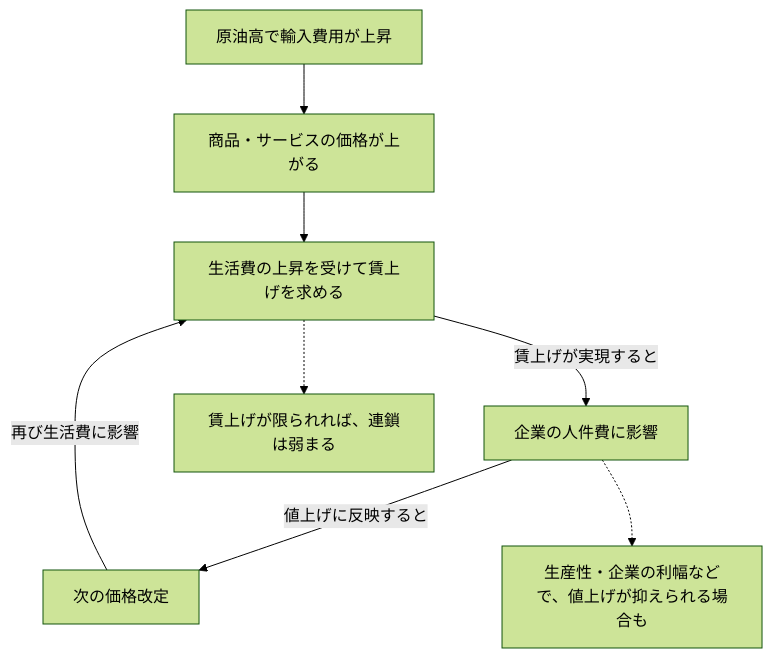
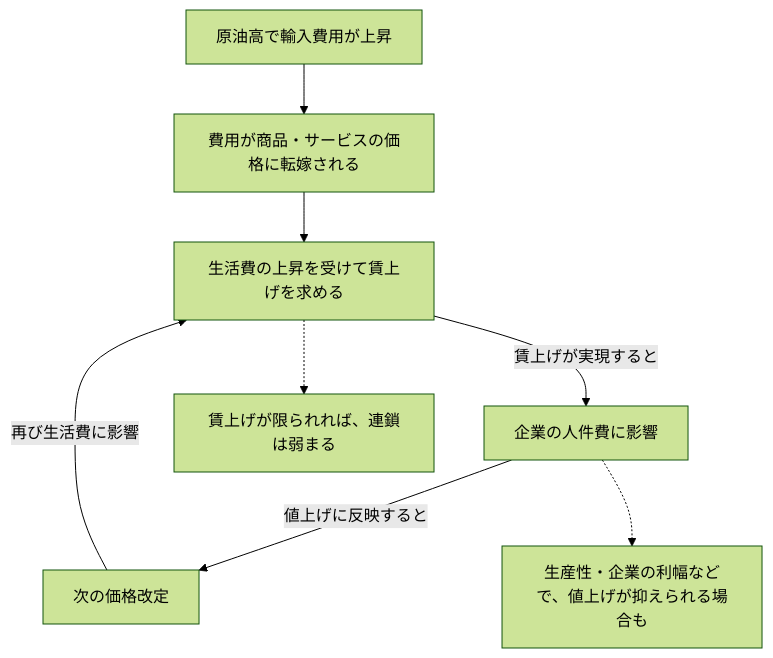
Before and after one commit to Osino-Niso/econ-data-lab: the diagram in articles/oil-shocks-inflation-regimes.md, drawn with Mermaid (forest theme). The commit also changed other lines of this file, not shown here.

````diff
--- a/articles/oil-shocks-inflation-regimes.md
+++ b/articles/oil-shocks-inflation-regimes.md
@@ -45,10 +47,10 @@
 ```mermaid
 flowchart TD
-  A["原油高で輸入費用が上昇"] --> B["商品・サービスの価格が上がる"]
+  A["原油高で輸入費用が上昇"] --> B["費用が商品・サービスの価格に転嫁される"]
   B --> C["生活費の上昇を受けて賃上げを求める"]
   C -->|"賃上げが実現すると"| D["企業の人件費に影響"]
   D -->|"値上げに反映すると"| E["次の価格改定"]
   E -->|"再び生活費に影響"| C
   C -.-> F["賃上げが限られれば、連鎖は弱まる"]
   D -.-> G["生産性・企業の利幅などで、値上げが抑えられる場合も"]
 ```
````
